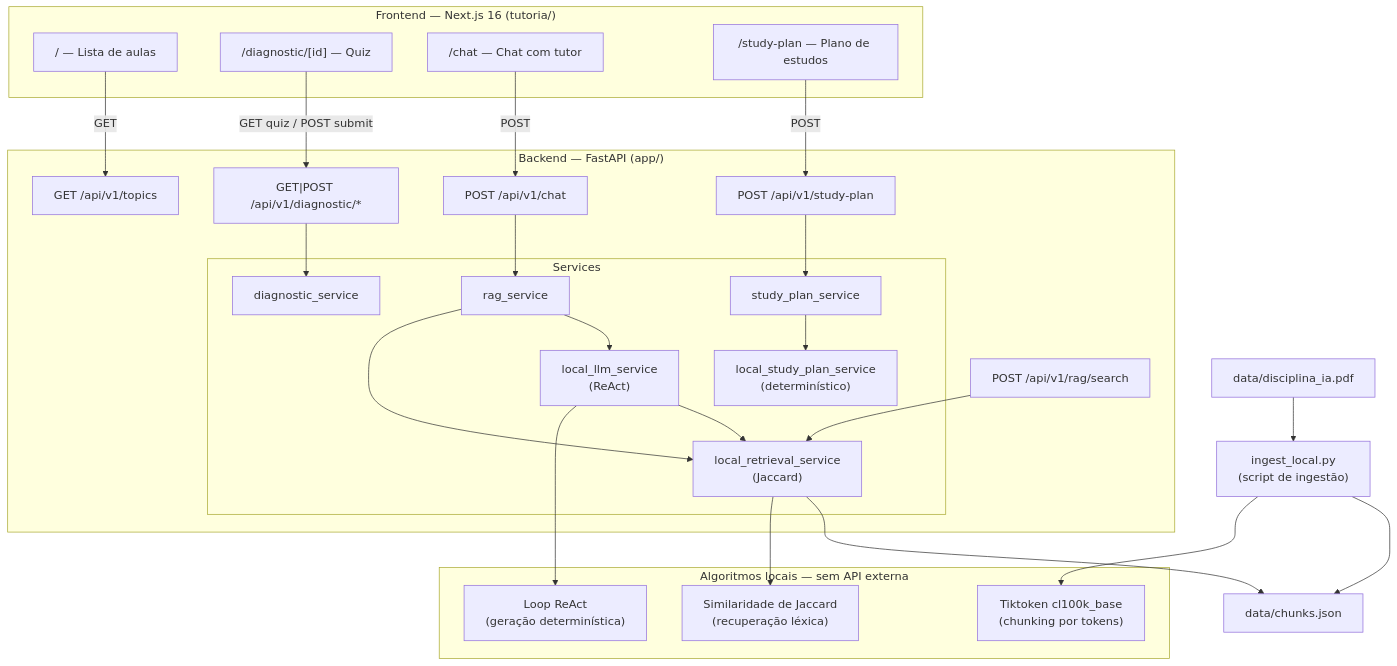
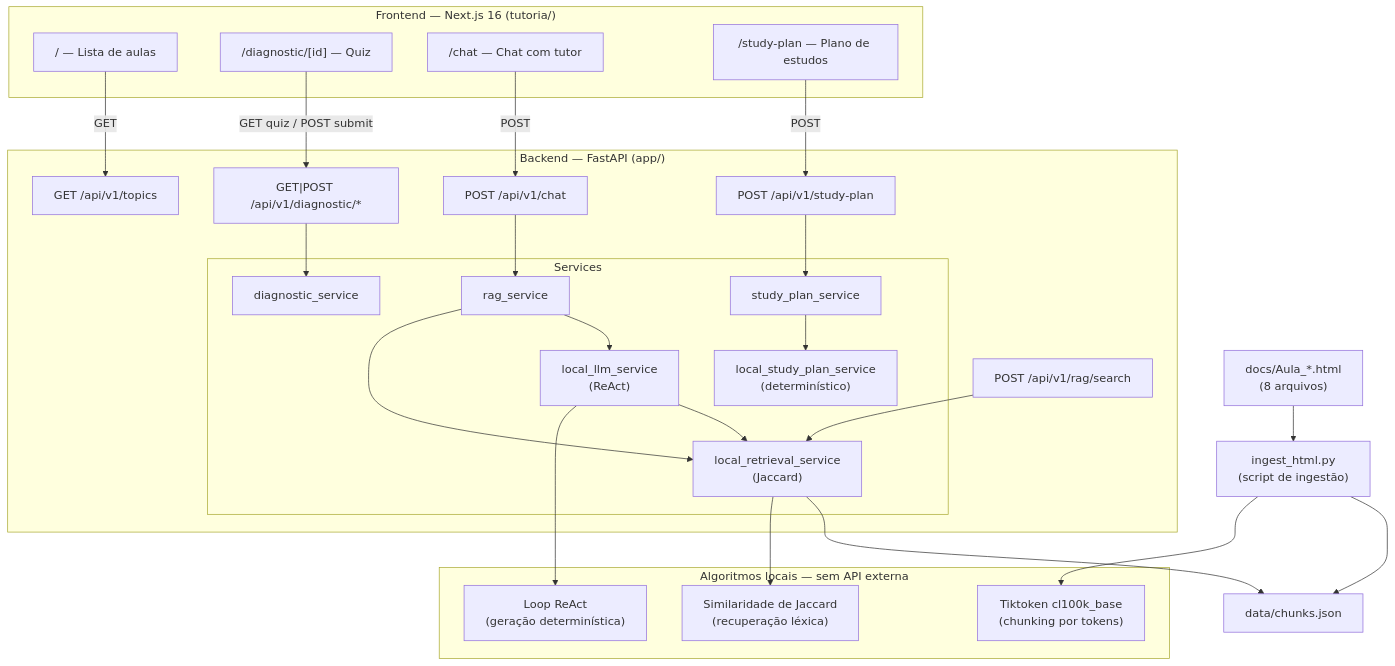
The first of 3 diagrams in README.md (John-Rocha/projeto-ia-unifap), drawn with Mermaid before and after one commit. The commit also changed other lines of this file, not shown here.

Commit message:
feat: update README to reflect HTML ingestion process and remove PDF references

````diff
--- a/README.md
+++ b/README.md
@@ -14,59 +14,59 @@
 ```mermaid
 graph TB
     subgraph Frontend["Frontend — Next.js 16 (tutoria/)"]
         Home["/ — Lista de aulas"]
         Quiz["/diagnostic/[id] — Quiz"]
         Chat["/chat — Chat com tutor"]
         Plan["/study-plan — Plano de estudos"]
     end
 
     subgraph Backend["Backend — FastAPI (app/)"]
         Topics["GET /api/v1/topics"]
         ChatAPI["POST /api/v1/chat"]
         DiagAPI["GET|POST /api/v1/diagnostic/*"]
         PlanAPI["POST /api/v1/study-plan"]
         RAGSearch["POST /api/v1/rag/search"]
 
         subgraph Services["Services"]
             RAGSvc["rag_service"]
             DiagSvc["diagnostic_service"]
             PlanSvc["study_plan_service"]
             RetrSvc["local_retrieval_service\n(Jaccard)"]
             LLMSvc["local_llm_service\n(ReAct)"]
             StudySvc["local_study_plan_service\n(determinístico)"]
         end
     end
 
     subgraph Local["Algoritmos locais — sem API externa"]
         Jaccard["Similaridade de Jaccard\n(recuperação léxica)"]
         ReAct["Loop ReAct\n(geração determinística)"]
         Tiktoken["Tiktoken cl100k_base\n(chunking por tokens)"]
     end
 
-    Ingest["ingest_local.py\n(script de ingestão)"]
-    PDF["data/disciplina_ia.pdf"]
+    Ingest["ingest_html.py\n(script de ingestão)"]
+    HTML["docs/Aula_*.html\n(8 arquivos)"]
     Chunks["data/chunks.json"]
 
     Home -->|GET| Topics
     Quiz -->|GET quiz / POST submit| DiagAPI
     Chat -->|POST| ChatAPI
     Plan -->|POST| PlanAPI
 
     ChatAPI --> RAGSvc
     DiagAPI --> DiagSvc
     PlanAPI --> PlanSvc
     RAGSearch --> RetrSvc
 
     RAGSvc --> RetrSvc
     RAGSvc --> LLMSvc
     PlanSvc --> StudySvc
 
     RetrSvc --> Jaccard
     LLMSvc --> ReAct
     LLMSvc --> RetrSvc
 
-    PDF --> Ingest
+    HTML --> Ingest
     Ingest --> Tiktoken
     Ingest --> Chunks
     RetrSvc --> Chunks
 ```
````
